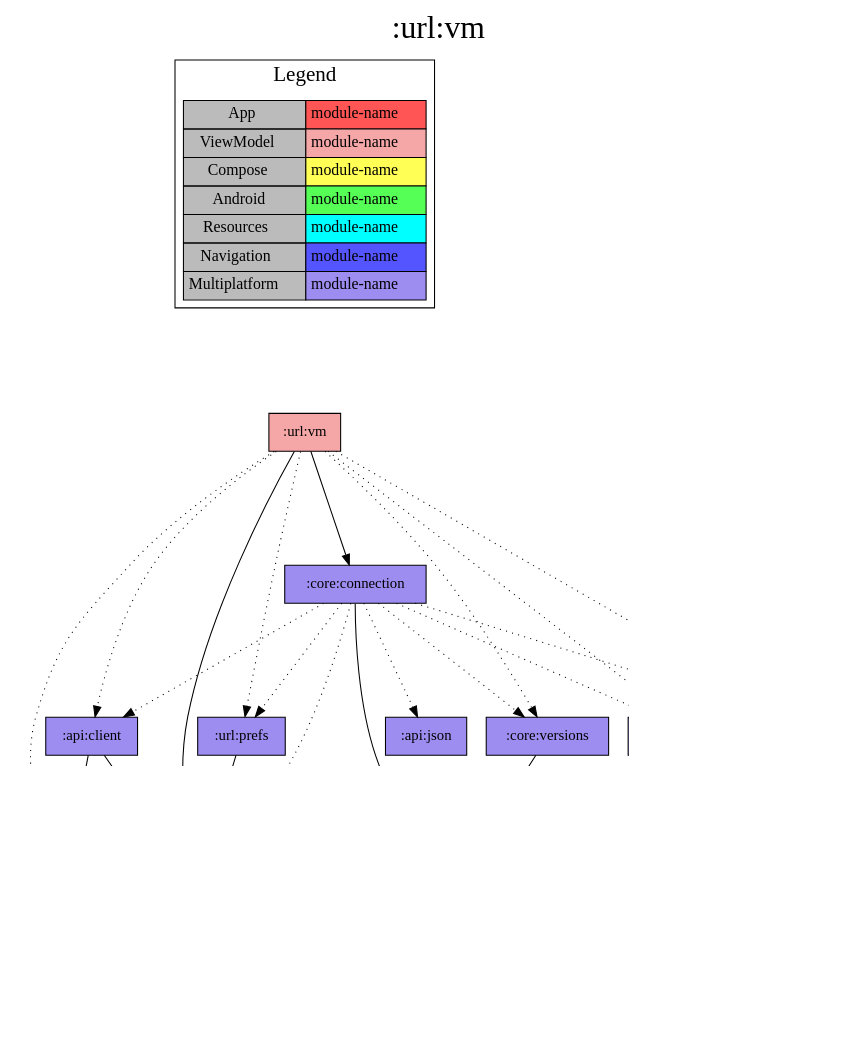
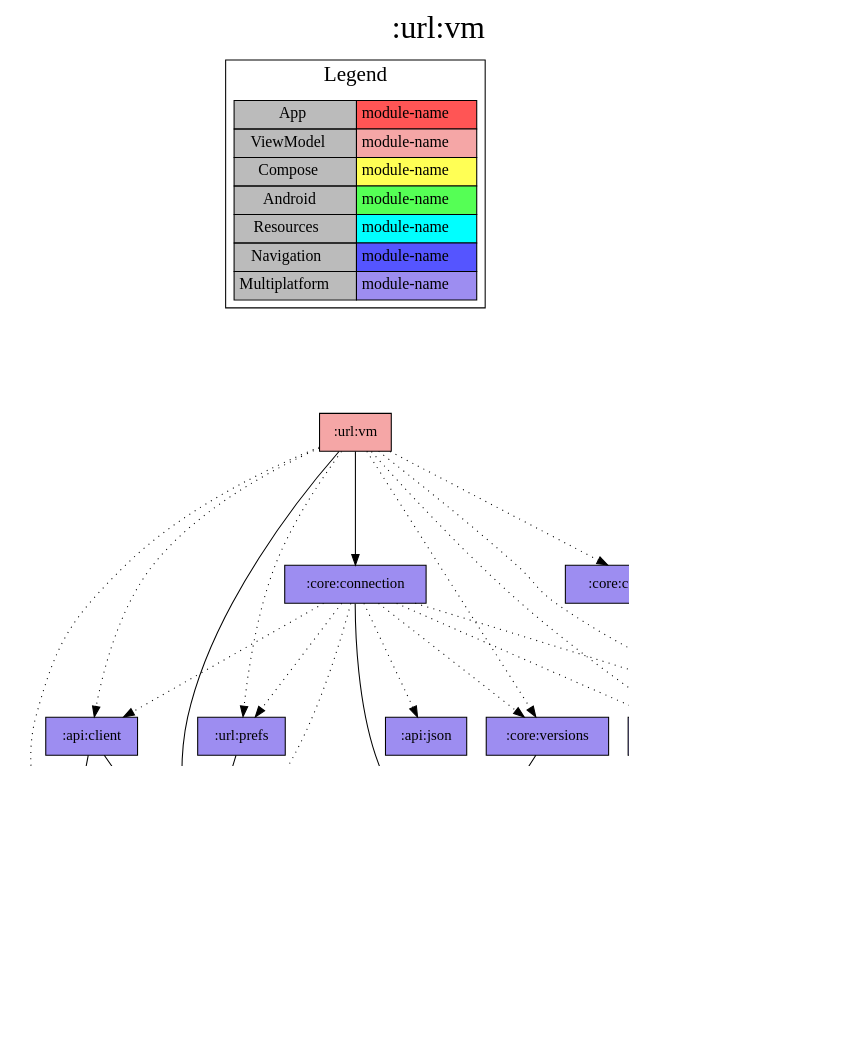
One commit to jonapoul/aktual changed the diagram in modules/url/vm/project-dependency-graph.dot. Above: the diagram before and after it, drawn with Graphviz. The commit also changed 36 other files, not shown here.

```diff
--- a/modules/url/vm/project-dependency-graph.dot
+++ b/modules/url/vm/project-dependency-graph.dot
@@ -1,57 +1,59 @@
 digraph {
 edge ["dir"="forward"]
 graph ["dpi"="100","label"=":url:vm","labelloc"="t","fontsize"="30","ranksep"="1.5","rankdir"="TB"]
 node ["style"="filled"]
 ":url:vm" ["fillcolor"="#F5A6A6","shape"="box"]
 ":core:connection" ["fillcolor"="#9D8DF1","shape"="box"]
 ":core:buildconfig" ["fillcolor"="#9D8DF1","shape"="box"]
 ":api:client" ["fillcolor"="#9D8DF1","shape"="box"]
 ":api:model" ["fillcolor"="#9D8DF1","shape"="box"]
 ":login:model" ["fillcolor"="#9D8DF1","shape"="box"]
 ":url:model" ["fillcolor"="#9D8DF1","shape"="box"]
 ":api:json" ["fillcolor"="#9D8DF1","shape"="box"]
 ":core:coroutines" ["fillcolor"="#9D8DF1","shape"="box"]
 ":core:log" ["fillcolor"="#9D8DF1","shape"="box"]
 ":core:versions" ["fillcolor"="#9D8DF1","shape"="box"]
 ":url:prefs" ["fillcolor"="#9D8DF1","shape"="box"]
+":core:colorscheme" ["fillcolor"="#9D8DF1","shape"="box"]
 {
 edge ["dir"="none"]
 graph ["rank"="same"]
 }
 ":url:vm" -> ":core:connection"
 ":url:vm" -> ":url:model"
 ":url:vm" -> ":api:client" ["style"="dotted"]
 ":url:vm" -> ":api:model" ["style"="dotted"]
+":url:vm" -> ":core:colorscheme" ["style"="dotted"]
 ":url:vm" -> ":core:coroutines" ["style"="dotted"]
 ":url:vm" -> ":core:log" ["style"="dotted"]
 ":url:vm" -> ":core:versions" ["style"="dotted"]
 ":url:vm" -> ":url:prefs" ["style"="dotted"]
 ":core:connection" -> ":core:buildconfig"
 ":core:connection" -> ":api:client" ["style"="dotted"]
 ":core:connection" -> ":api:json" ["style"="dotted"]
 ":core:connection" -> ":core:coroutines" ["style"="dotted"]
 ":core:connection" -> ":core:log" ["style"="dotted"]
 ":core:connection" -> ":core:versions" ["style"="dotted"]
 ":core:connection" -> ":url:model" ["style"="dotted"]
 ":core:connection" -> ":url:prefs" ["style"="dotted"]
 ":api:client" -> ":api:model"
 ":api:client" -> ":url:model"
 ":api:model" -> ":login:model"
 ":core:versions" -> ":core:buildconfig"
 ":url:prefs" -> ":url:model"
 subgraph "cluster_legend" {
 edge ["dir"="none"]
 graph ["label"="Legend","fontsize"="20"]
 "Legend" ["style"="filled","fillcolor"="#bbbbbb","shape"="none","margin"="0","fontsize"="15","label"=<
 <TABLE BORDER="0" CELLBORDER="1" CELLSPACING="0" CELLPADDING="4">
 <TR><TD>App</TD><TD BGCOLOR="#FF5555">module-name</TD></TR>
 <TR><TD>ViewModel</TD><TD BGCOLOR="#F5A6A6">module-name</TD></TR>
 <TR><TD>Compose</TD><TD BGCOLOR="#FFFF55">module-name</TD></TR>
 <TR><TD>Android</TD><TD BGCOLOR="#55FF55">module-name</TD></TR>
 <TR><TD>Resources</TD><TD BGCOLOR="#00FFFF">module-name</TD></TR>
 <TR><TD>Navigation</TD><TD BGCOLOR="#5555FF">module-name</TD></TR>
 <TR><TD>Multiplatform</TD><TD BGCOLOR="#9D8DF1">module-name</TD></TR>
 </TABLE>
 >]
 } -> ":url:vm" ["style"="invis"]
 }
```
